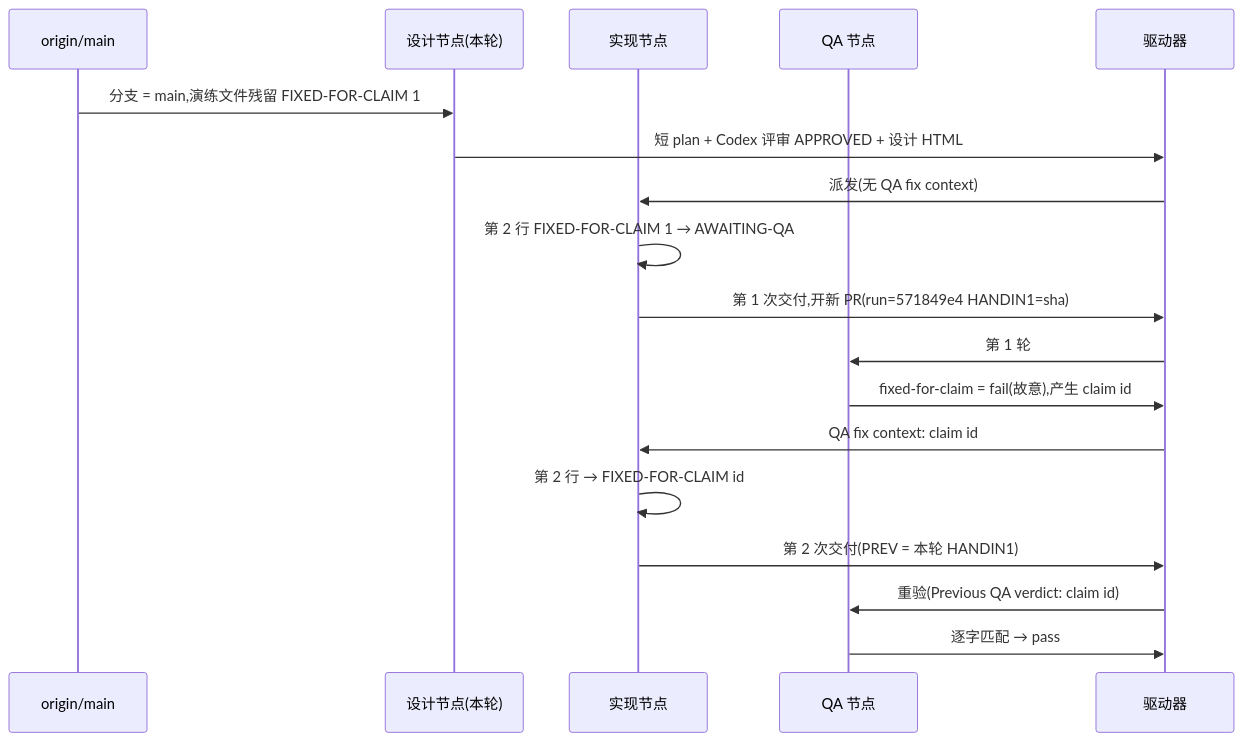
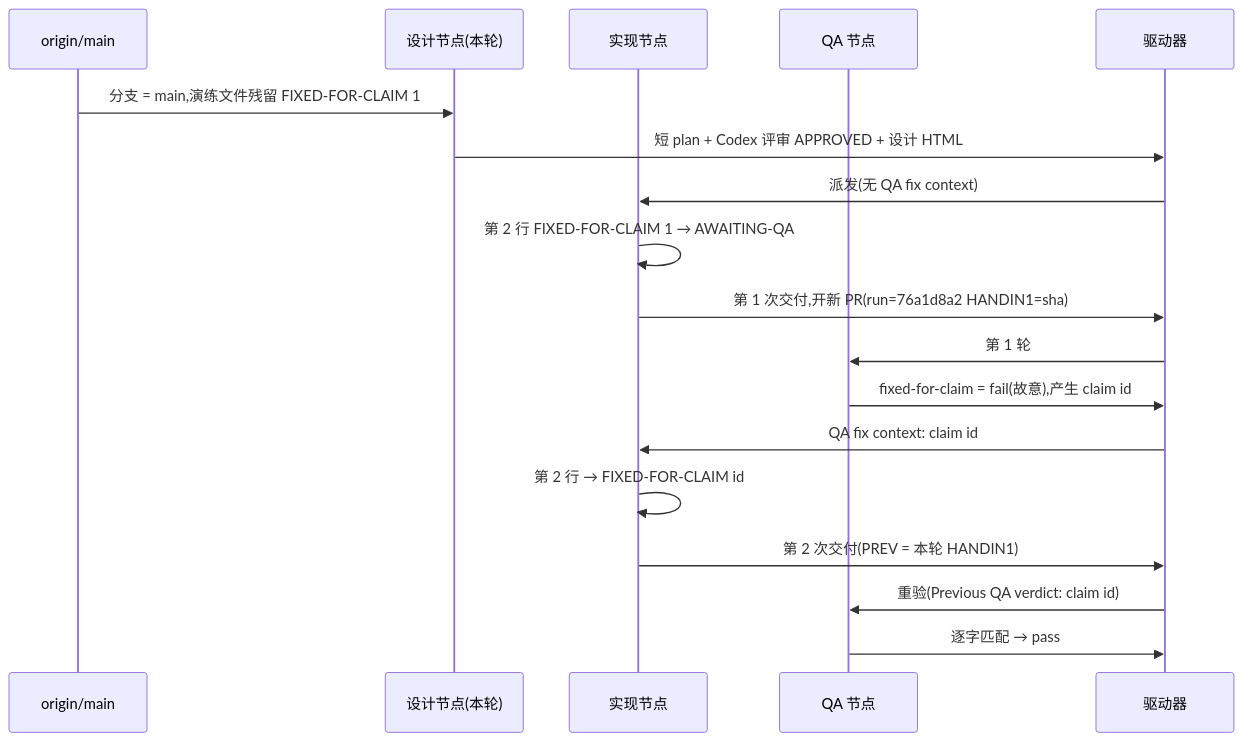
Before and after one commit to xrliAnnie/flywheel-qa-sandbox: the diagram in engineering/doc/FLY-3150-real-runner-drill/d1-core-flow.mmd, drawn with Mermaid. The commit also changed 5 other files, not shown here.

```diff
--- a/engineering/doc/FLY-3150-real-runner-drill/d1-core-flow.mmd
+++ b/engineering/doc/FLY-3150-real-runner-drill/d1-core-flow.mmd
@@ -1,18 +1,18 @@
 sequenceDiagram
     participant M as origin/main
     participant S as 设计节点(本轮)
     participant I as 实现节点
     participant Q as QA 节点
     participant D as 驱动器
     M->>S: 分支 = main,演练文件残留 FIXED-FOR-CLAIM 1
     S->>D: 短 plan + Codex 评审 APPROVED + 设计 HTML
     D->>I: 派发(无 QA fix context)
     I->>I: 第 2 行 FIXED-FOR-CLAIM 1 → AWAITING-QA
-    I->>D: 第 1 次交付,开新 PR(run=571849e4 HANDIN1=sha)
+    I->>D: 第 1 次交付,开新 PR(run=76a1d8a2 HANDIN1=sha)
     D->>Q: 第 1 轮
     Q->>D: fixed-for-claim = fail(故意),产生 claim id
     D->>I: QA fix context: claim id
     I->>I: 第 2 行 → FIXED-FOR-CLAIM id
     I->>D: 第 2 次交付(PREV = 本轮 HANDIN1)
     D->>Q: 重验(Previous QA verdict: claim id)
     Q->>D: 逐字匹配 → pass
```
